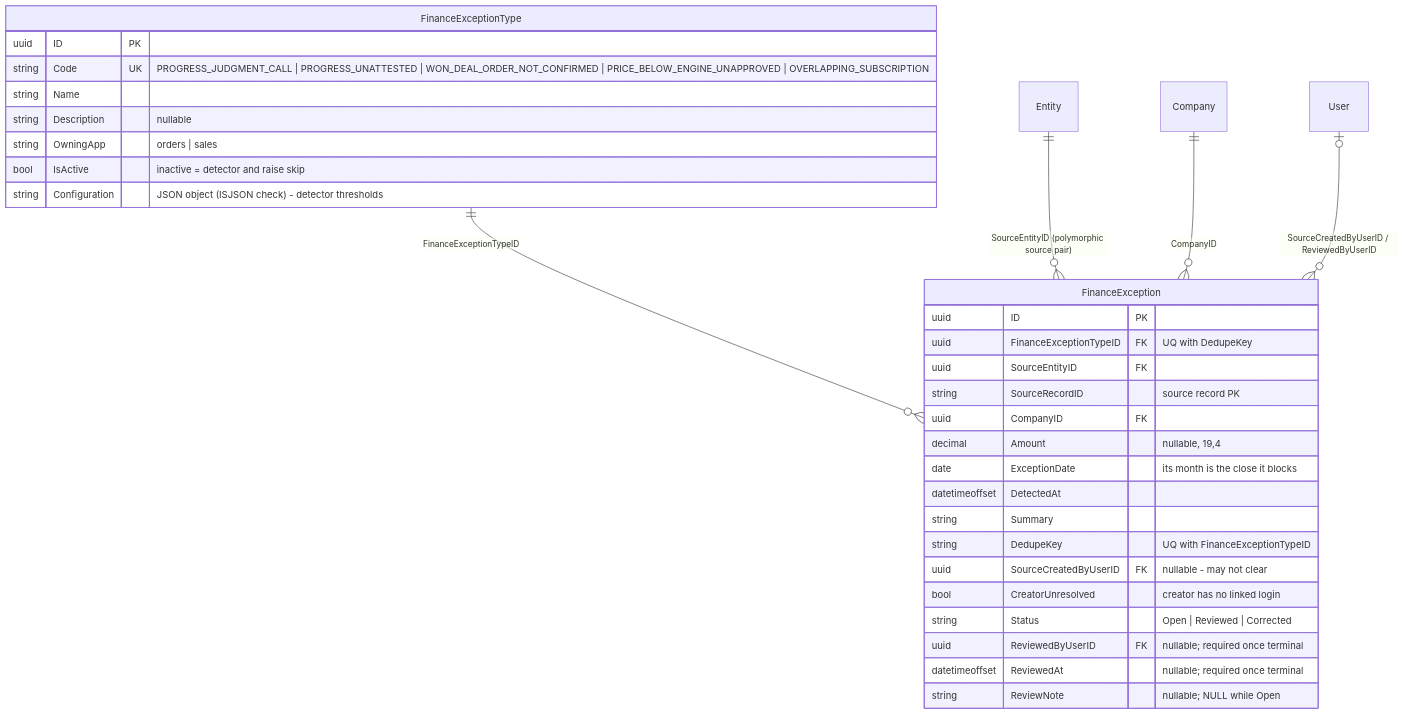
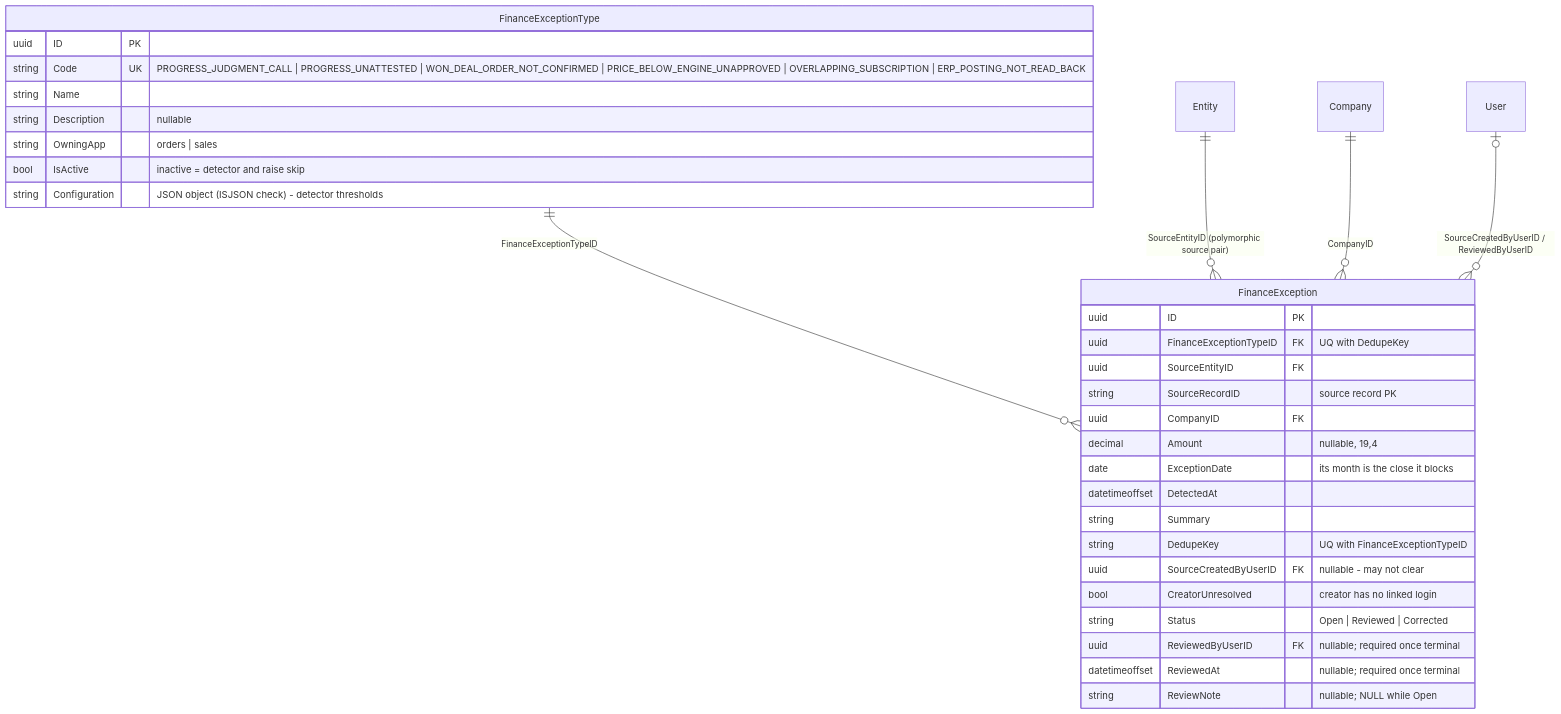
Diagram 14 of 14 in docs/bizapps-accounting-erd.md (MemberJunction/bizapps-accounting), drawn with Mermaid before and after one commit. The commit also changed 8 other files, not shown here.

First line of the commit message:
fix(batch): raise a finance exception when a Business Central post cannot be read back (#205)

````diff
--- a/docs/bizapps-accounting-erd.md
+++ b/docs/bizapps-accounting-erd.md
@@ -959,35 +959,35 @@
 ```mermaid
 erDiagram
     FinanceExceptionType ||--o{ FinanceException : "FinanceExceptionTypeID"
     Entity ||--o{ FinanceException : "SourceEntityID (polymorphic source pair)"
     Company ||--o{ FinanceException : "CompanyID"
     User |o--o{ FinanceException : "SourceCreatedByUserID / ReviewedByUserID"
 
     FinanceExceptionType {
         uuid ID PK
-        string Code UK "PROGRESS_JUDGMENT_CALL | PROGRESS_UNATTESTED | WON_DEAL_ORDER_NOT_CONFIRMED | PRICE_BELOW_ENGINE_UNAPPROVED | OVERLAPPING_SUBSCRIPTION"
+        string Code UK "PROGRESS_JUDGMENT_CALL | PROGRESS_UNATTESTED | WON_DEAL_ORDER_NOT_CONFIRMED | PRICE_BELOW_ENGINE_UNAPPROVED | OVERLAPPING_SUBSCRIPTION | ERP_POSTING_NOT_READ_BACK"
         string Name
         string Description "nullable"
         string OwningApp "orders | sales"
         bool IsActive "inactive = detector and raise skip"
         string Configuration "JSON object (ISJSON check) - detector thresholds"
     }
     FinanceException {
         uuid ID PK
         uuid FinanceExceptionTypeID FK "UQ with DedupeKey"
         uuid SourceEntityID FK
         string SourceRecordID "source record PK"
         uuid CompanyID FK
         decimal Amount "nullable, 19,4"
         date ExceptionDate "its month is the close it blocks"
         datetimeoffset DetectedAt
         string Summary
         string DedupeKey "UQ with FinanceExceptionTypeID"
         uuid SourceCreatedByUserID FK "nullable - may not clear"
         bool CreatorUnresolved "creator has no linked login"
         string Status "Open | Reviewed | Corrected"
         uuid ReviewedByUserID FK "nullable; required once terminal"
         datetimeoffset ReviewedAt "nullable; required once terminal"
         string ReviewNote "nullable; NULL while Open"
     }
 ```
````
